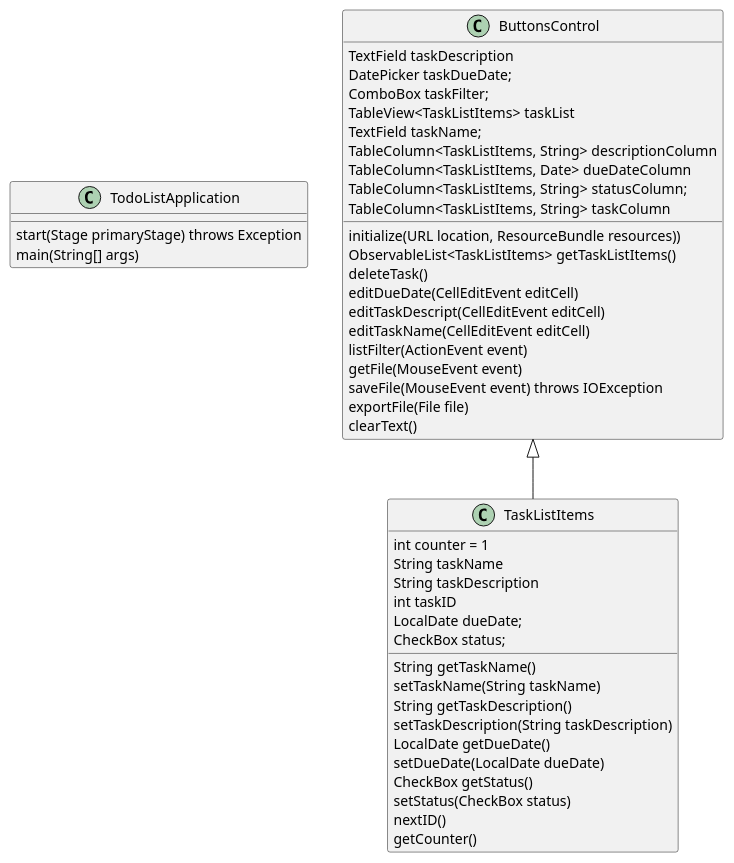
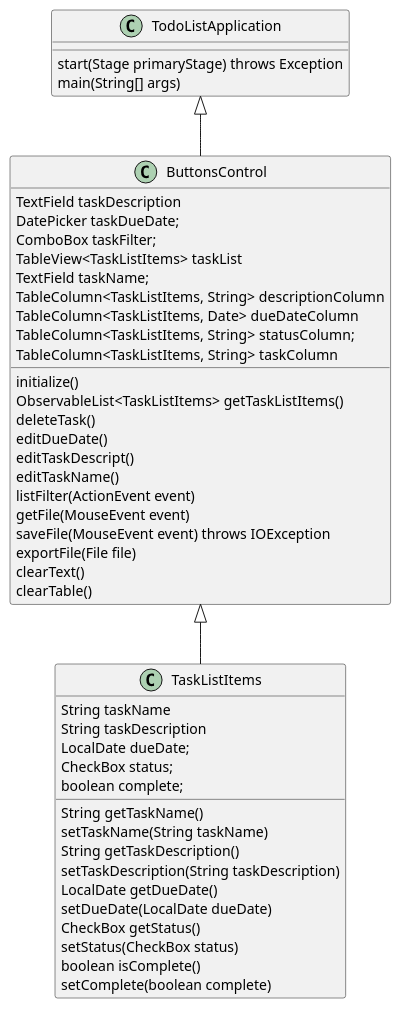
Before and after one commit to lins0409/lin-app1-imp1: the diagram in TodoListApplication/docs/App1_diagram.puml, drawn with PlantUML. The commit also changed 7 other files, not shown here.

```diff
--- a/TodoListApplication/docs/App1_diagram.puml
+++ b/TodoListApplication/docs/App1_diagram.puml
@@ -1,54 +1,56 @@
 @startuml
 'https://plantuml.com/class-diagram
 
 
 class TodoListApplication {
 start(Stage primaryStage) throws Exception
 main(String[] args)
 }
+
+TodoListApplication <|-- ButtonsControl
 
 class ButtonsControl {
 TextField taskDescription
 DatePicker taskDueDate;
 ComboBox taskFilter;
 TableView<TaskListItems> taskList
 TextField taskName;
 TableColumn<TaskListItems, String> descriptionColumn
 TableColumn<TaskListItems, Date> dueDateColumn
 TableColumn<TaskListItems, String> statusColumn;
 TableColumn<TaskListItems, String> taskColumn
-initialize(URL location, ResourceBundle resources))
+initialize()
 ObservableList<TaskListItems> getTaskListItems()
 deleteTask()
-editDueDate(CellEditEvent editCell)
-editTaskDescript(CellEditEvent editCell)
-editTaskName(CellEditEvent editCell)
+editDueDate()
+editTaskDescript()
+editTaskName()
 listFilter(ActionEvent event)
 getFile(MouseEvent event)
 saveFile(MouseEvent event) throws IOException
 exportFile(File file)
 clearText()
+clearTable()
 }
 
 ButtonsControl <|-- TaskListItems
 
 class TaskListItems{
-int counter = 1
 String taskName
 String taskDescription
-int taskID
 LocalDate dueDate;
 CheckBox status;
+boolean complete;
 String getTaskName()
 setTaskName(String taskName)
 String getTaskDescription()
 setTaskDescription(String taskDescription)
 LocalDate getDueDate()
 setDueDate(LocalDate dueDate)
 CheckBox getStatus()
 setStatus(CheckBox status)
-nextID()
-getCounter()
+boolean isComplete()
+setComplete(boolean complete)
 }
 
 @enduml
```
